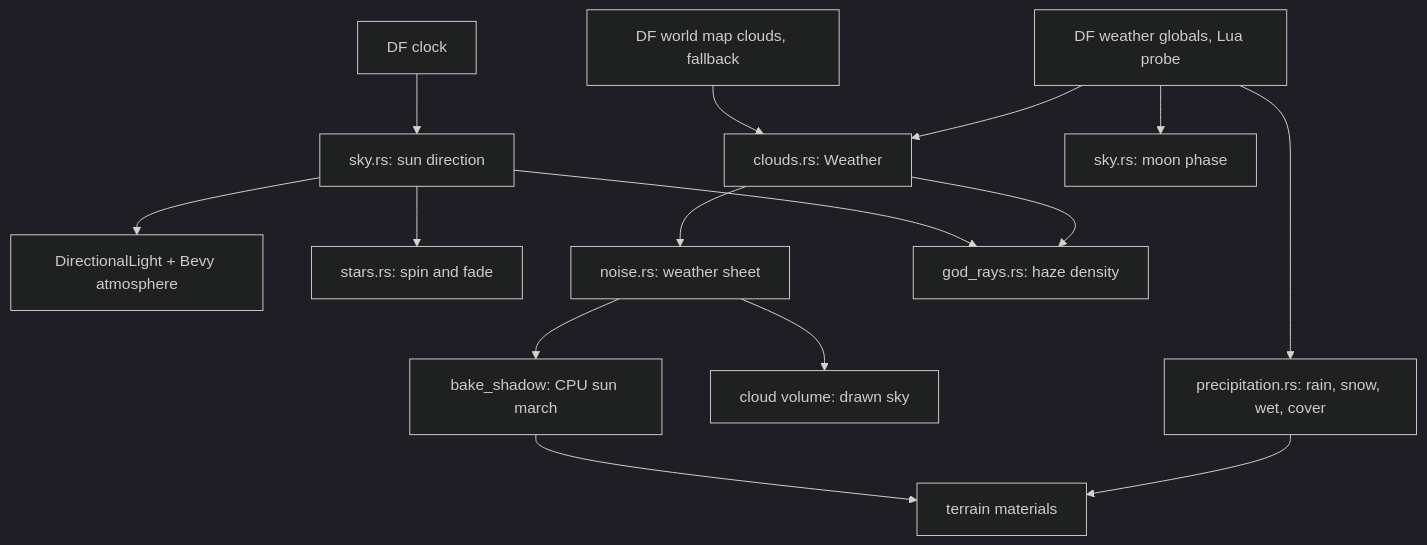
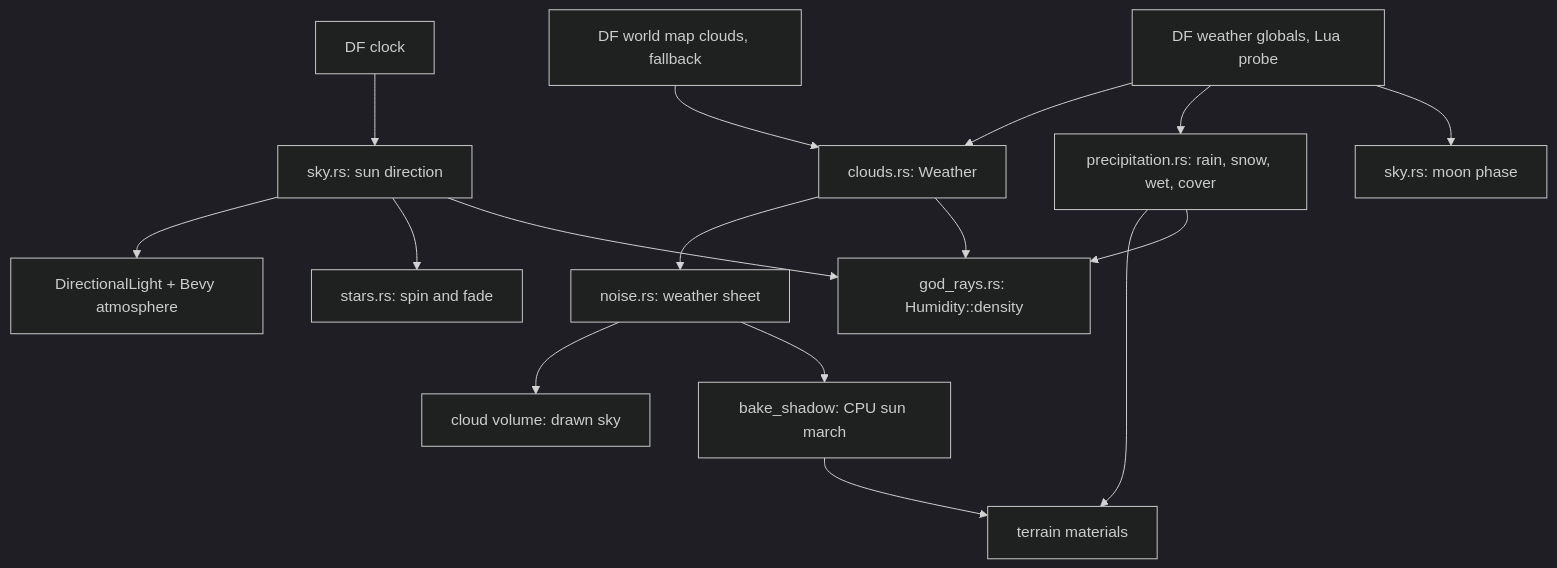
One commit to aaronsb/dwarf-eye changed the diagram in docs/architecture/sky/README.md. Above: the diagram before and after it, drawn with Mermaid (dark theme). The commit also changed other lines of this file and 6 other files, not shown here.

````diff
--- a/docs/architecture/sky/README.md
+++ b/docs/architecture/sky/README.md
@@ -20,17 +20,18 @@
 ```mermaid
 flowchart TD
   C[DF clock] --> S[sky.rs: sun direction]
   S --> L[DirectionalLight + Bevy atmosphere]
   S --> ST[stars.rs: spin and fade]
   P[DF weather globals, Lua probe] --> WE[clouds.rs: Weather]
   P --> R[precipitation.rs: rain, snow, wet, cover]
   P --> M[sky.rs: moon phase]
   R --> T
   W[DF world map clouds, fallback] --> WE[clouds.rs: Weather]
   WE --> N[noise.rs: weather sheet]
   N --> V[cloud volume: drawn sky]
   N --> B[bake_shadow: CPU sun march]
   B --> T[terrain materials]
-  WE --> G[god_rays.rs: haze density]
+  WE --> G[god_rays.rs: Humidity::density]
+  R --> G
   S --> G
 ```
````
